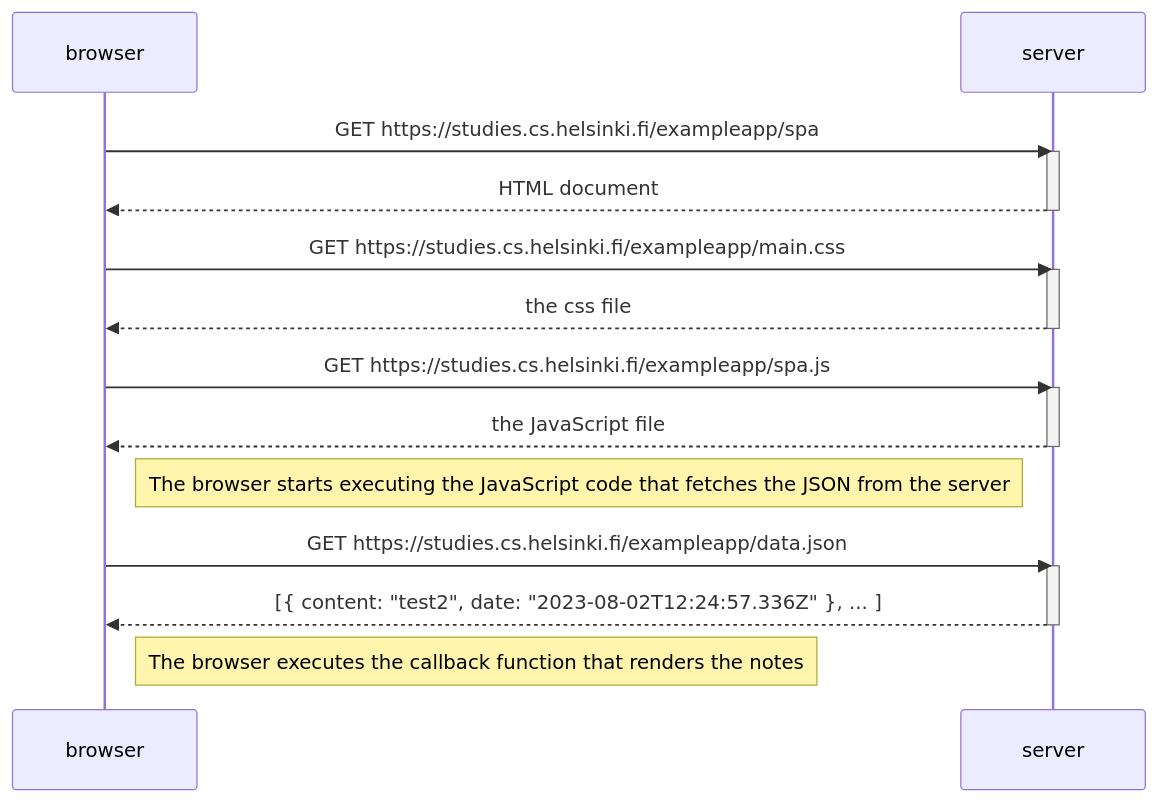
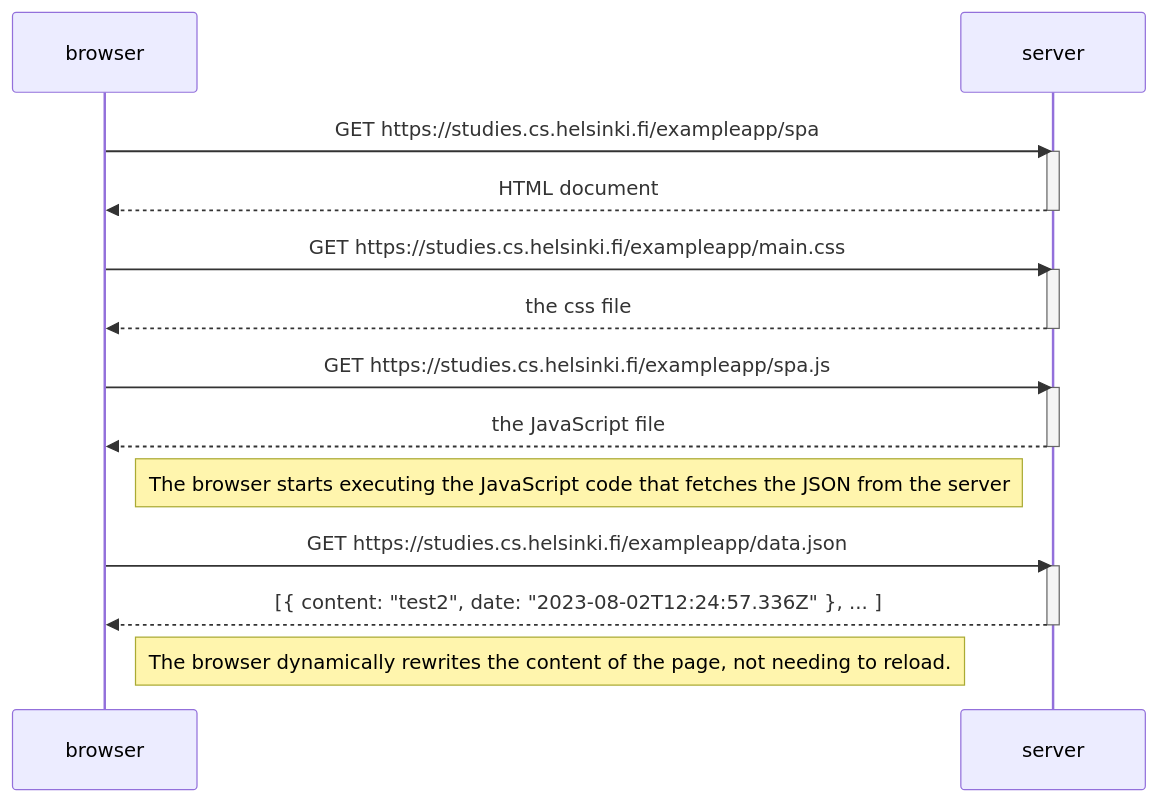
One commit to TheNushu/FullstackOpen changed the diagram in ex 5.md. Above: the diagram before and after it, drawn with Mermaid.

Commit message:
Update ex 5.md

````diff
--- a/ex 5.md
+++ b/ex 5.md
@@ -1,29 +1,29 @@
 ```mermaid
 sequenceDiagram
     participant browser
     participant server
 
     browser->>server: GET https://studies.cs.helsinki.fi/exampleapp/spa
     activate server
     server-->>browser: HTML document
     deactivate server
 
     browser->>server: GET https://studies.cs.helsinki.fi/exampleapp/main.css
     activate server
     server-->>browser: the css file
     deactivate server
 
     browser->>server: GET https://studies.cs.helsinki.fi/exampleapp/spa.js
     activate server
     server-->>browser: the JavaScript file
     deactivate server
 
     Note right of browser: The browser starts executing the JavaScript code that fetches the JSON from the server
 
     browser->>server: GET https://studies.cs.helsinki.fi/exampleapp/data.json
     activate server
     server-->>browser: [{ content: "test2", date: "2023-08-02T12:24:57.336Z" }, ... ]
     deactivate server
 
-    Note right of browser: The browser executes the callback function that renders the notes
+    Note right of browser: The browser dynamically rewrites the content of the page, not needing to reload.
 ```
````
